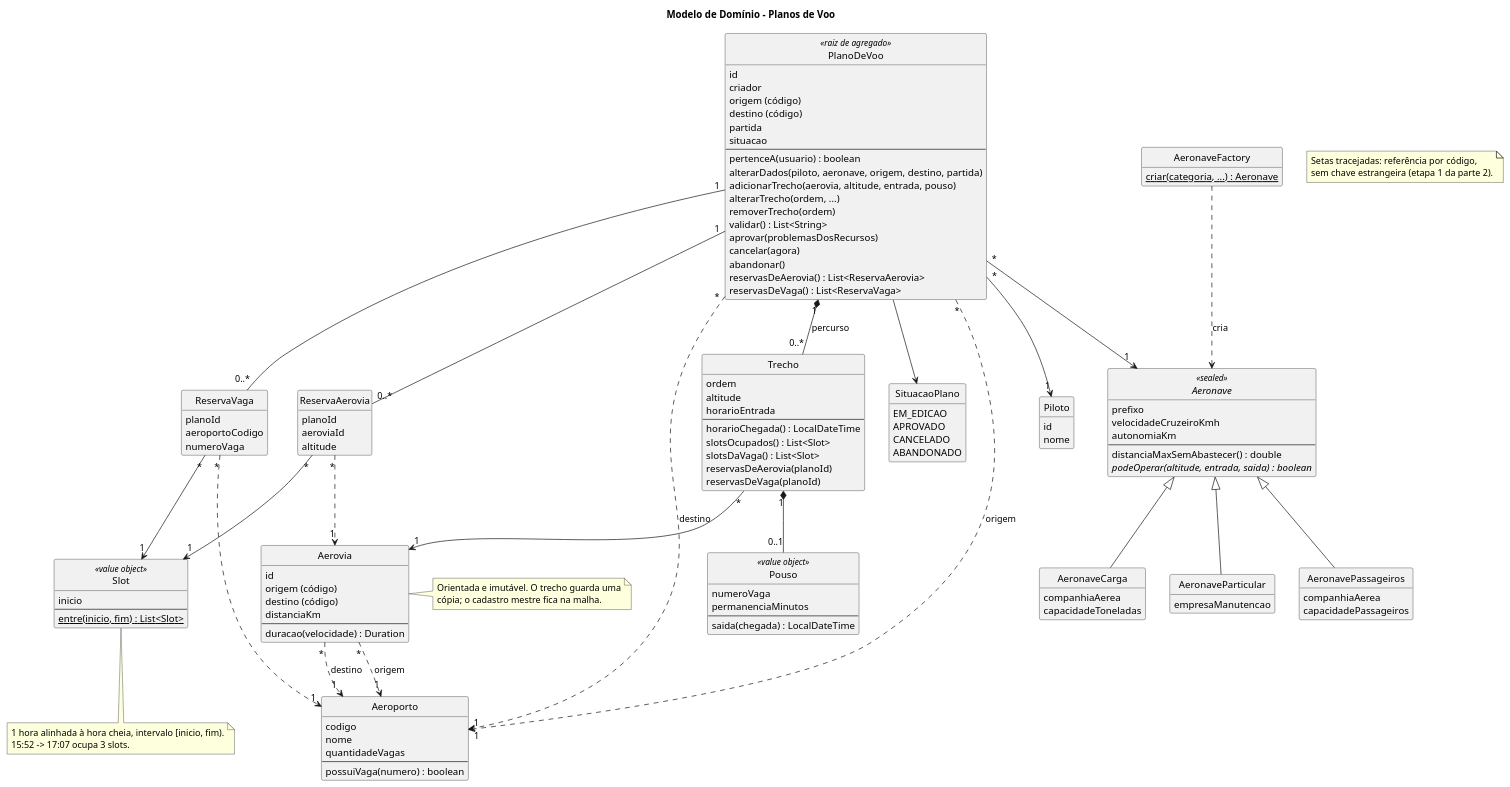
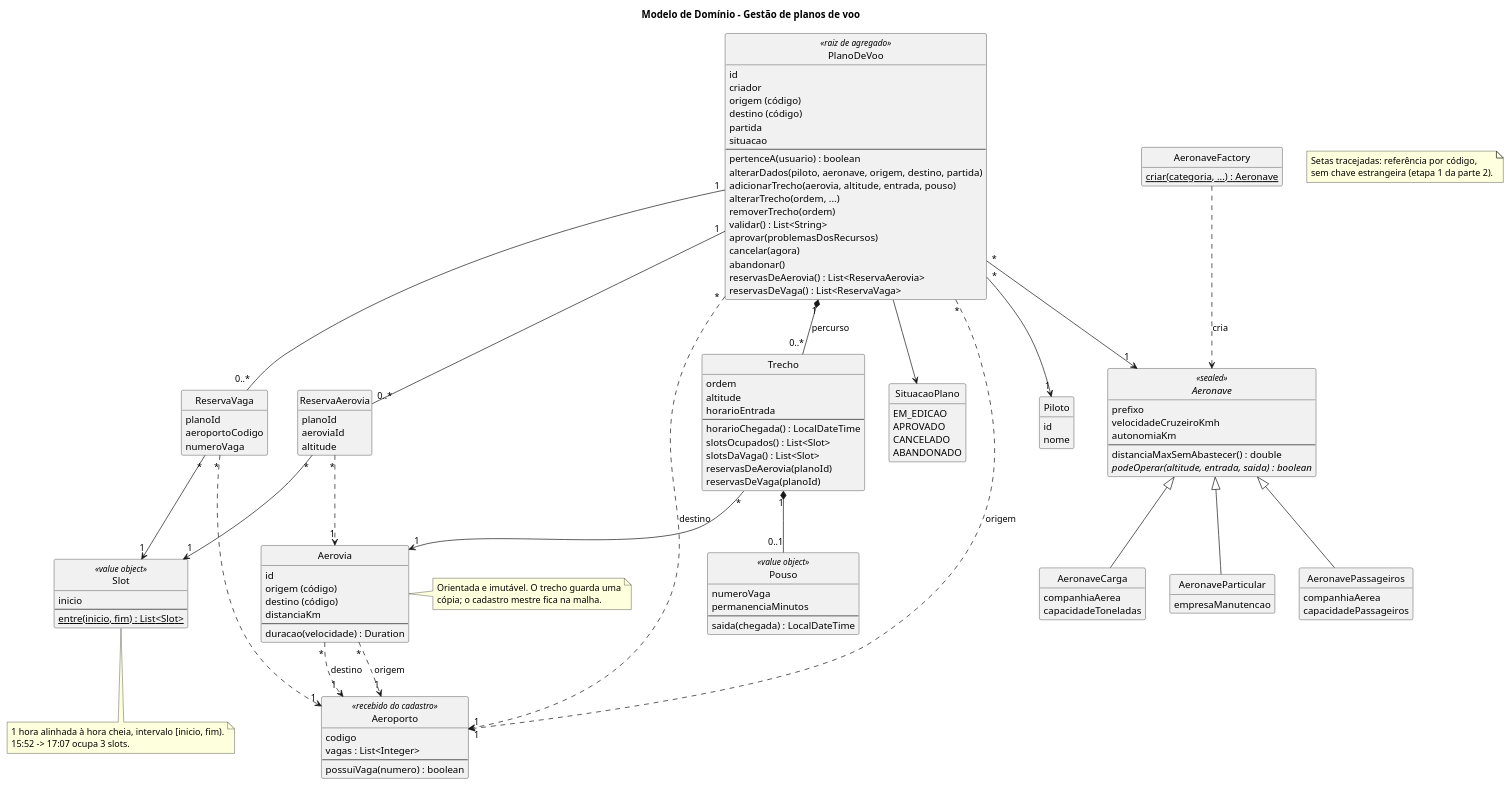
The diagram in docs/dominio/modelo-dominio.puml (antoniocosta0/trabalho-projaq), drawn with PlantUML before and after one commit. The commit also changed 8 other files, not shown here.

Commit message:
docs: record stage 3, the cadastro contract and updated diagrams

```diff
--- a/docs/dominio/modelo-dominio.puml
+++ b/docs/dominio/modelo-dominio.puml
@@ -1,161 +1,160 @@
 @startuml
-title Modelo de Domínio - Planos de Voo
+title Modelo de Domínio - Gestão de planos de voo
 hide circle
 hide empty members
 skinparam classAttributeIconSize 0
 skinparam shadowing false
 
-class Aeroporto {
+class Aeroporto <<recebido do cadastro>> {
   codigo
-  nome
-  quantidadeVagas
+  vagas : List<Integer>
   --
   possuiVaga(numero) : boolean
 }
 
 class Aerovia {
   id
   origem (código)
   destino (código)
   distanciaKm
   --
   duracao(velocidade) : Duration
 }
 
 note right of Aerovia
   Orientada e imutável. O trecho guarda uma
   cópia; o cadastro mestre fica na malha.
 end note
 
 class Piloto {
   id
   nome
 }
 
 abstract class Aeronave <<sealed>> {
   prefixo
   velocidadeCruzeiroKmh
   autonomiaKm
   --
   distanciaMaxSemAbastecer() : double
   {abstract} podeOperar(altitude, entrada, saida) : boolean
 }
 
 class AeronaveParticular {
   empresaManutencao
 }
 
 class AeronavePassageiros {
   companhiaAerea
   capacidadePassageiros
 }
 
 class AeronaveCarga {
   companhiaAerea
   capacidadeToneladas
 }
 
 class AeronaveFactory {
   {static} criar(categoria, ...) : Aeronave
 }
 
 class PlanoDeVoo <<raiz de agregado>> {
   id
   criador
   origem (código)
   destino (código)
   partida
   situacao
   --
   pertenceA(usuario) : boolean
   alterarDados(piloto, aeronave, origem, destino, partida)
   adicionarTrecho(aerovia, altitude, entrada, pouso)
   alterarTrecho(ordem, ...)
   removerTrecho(ordem)
   validar() : List<String>
   aprovar(problemasDosRecursos)
   cancelar(agora)
   abandonar()
   reservasDeAerovia() : List<ReservaAerovia>
   reservasDeVaga() : List<ReservaVaga>
 }
 
 class Trecho {
   ordem
   altitude
   horarioEntrada
   --
   horarioChegada() : LocalDateTime
   slotsOcupados() : List<Slot>
   slotsDaVaga() : List<Slot>
   reservasDeAerovia(planoId)
   reservasDeVaga(planoId)
 }
 
 class Pouso <<value object>> {
   numeroVaga
   permanenciaMinutos
   --
   saida(chegada) : LocalDateTime
 }
 
 class Slot <<value object>> {
   inicio
   --
   {static} entre(inicio, fim) : List<Slot>
 }
 
 note bottom of Slot
   1 hora alinhada à hora cheia, intervalo [inicio, fim).
   15:52 -> 17:07 ocupa 3 slots.
 end note
 
 class ReservaAerovia {
   planoId
   aeroviaId
   altitude
 }
 
 class ReservaVaga {
   planoId
   aeroportoCodigo
   numeroVaga
 }
 
 enum SituacaoPlano {
   EM_EDICAO
   APROVADO
   CANCELADO
   ABANDONADO
 }
 
 Aerovia "*" ..> "1" Aeroporto : origem
 Aerovia "*" ..> "1" Aeroporto : destino
 
 Aeronave <|-- AeronaveParticular
 Aeronave <|-- AeronavePassageiros
 Aeronave <|-- AeronaveCarga
 AeronaveFactory ..> Aeronave : cria
 
 PlanoDeVoo "*" --> "1" Piloto
 PlanoDeVoo "*" --> "1" Aeronave
 PlanoDeVoo "*" ..> "1" Aeroporto : origem
 PlanoDeVoo "*" ..> "1" Aeroporto : destino
 PlanoDeVoo --> SituacaoPlano
 PlanoDeVoo "1" *-- "0..*" Trecho : percurso
 Trecho "*" --> "1" Aerovia
 Trecho "1" *-- "0..1" Pouso
 
 PlanoDeVoo "1" -- "0..*" ReservaAerovia
 PlanoDeVoo "1" -- "0..*" ReservaVaga
 ReservaAerovia "*" ..> "1" Aerovia
 ReservaAerovia "*" --> "1" Slot
 ReservaVaga "*" ..> "1" Aeroporto
 ReservaVaga "*" --> "1" Slot
 
 note as referencias
   Setas tracejadas: referência por código,
   sem chave estrangeira (etapa 1 da parte 2).
 end note
 
 @enduml
```
